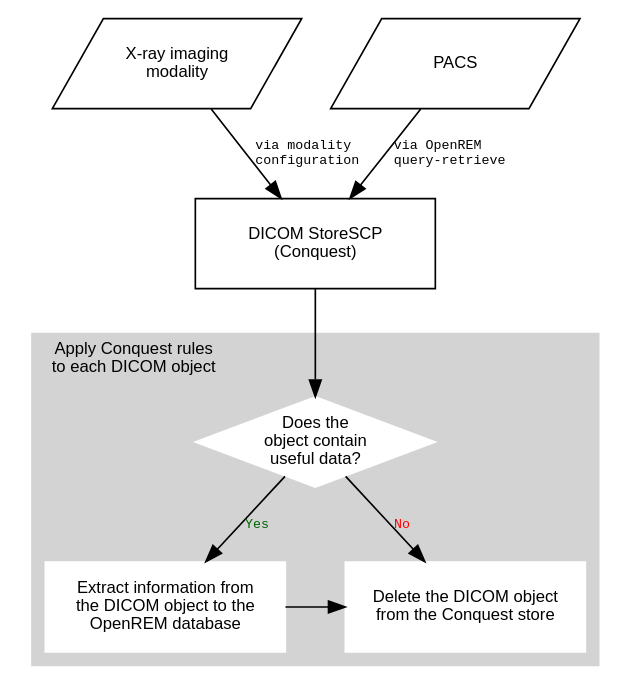
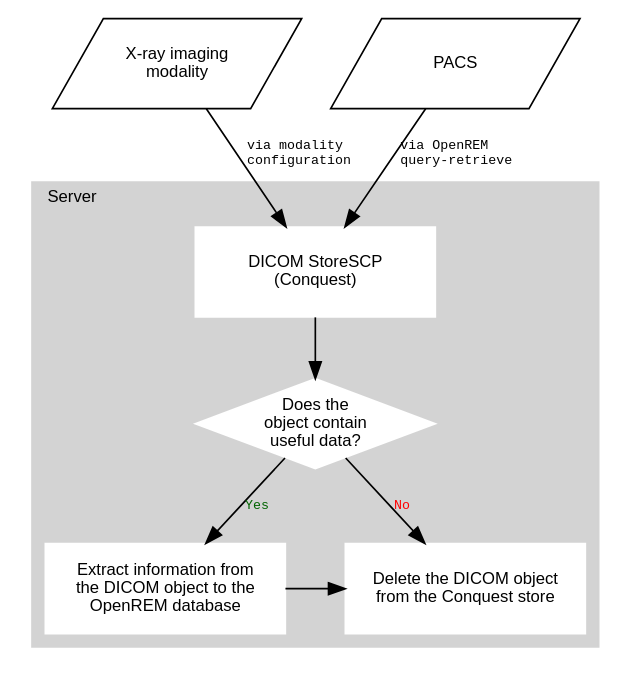
The second of 2 diagrams in docs/testgraphviz.rst (ckswilliams/modOpenREM), drawn with Graphviz before and after one commit.

Commit message:
Moved Conquest into the server cluster; relabelled the cluster as "Server" to be consistent with other diagram. References issue #448.

```diff
--- a/docs/testgraphviz.rst
+++ b/docs/testgraphviz.rst
@@ -58,33 +58,33 @@
 .. graphviz::
 
    digraph {
       node [fixedsize=true width=2.0 height=0.75 fontsize=10 margin="0.0,0.0"];
 
       subgraph cluster_rules {
-         label = "Apply Conquest rules\nto each DICOM object";
+         label = "Server";
          node [style=filled color=white];
          style=filled;
          color=lightgrey;
          labelloc=t;
          labeljust=l;
          fontname="Helvetica"
          fontsize=10;
 
          conquest_script -> populate_database [label="Yes" fontcolor=darkgreen fontsize=8 fontname="Courier"];
          populate_database -> delete_object;
          conquest_script -> delete_object [label="No" fontcolor=red fontsize=8 fontname="Courier"];
+         conquest -> conquest_script;
 
          {rank=same; populate_database delete_object};
       }
 
       modality -> conquest [label="via modality\lconfiguration\l" fontsize=8 fontname="Courier"];
       pacs -> conquest [label="via OpenREM\lquery-retrieve\l" fontsize=8 fontname="Courier"];
-      conquest -> conquest_script;
 
       modality [label="X-ray imaging\nmodality" fontname="Helvetica" tooltip="Data send from an x-ray imaging modality" shape="parallelogram"];
       pacs [label="PACS" fontname="Helvetica" tooltip="A Picture Archiving and Communication System" shape="parallelogram"];
       conquest [label="DICOM StoreSCP\n(Conquest)" fontname="Helvetica" tooltip="Conquest, acting as a DICOM storage SCP" shape="box"];
       conquest_script [shape=diamond label="Does the\nobject contain\nuseful data?" fontname="Helvetica" tooltip="Process the rules in dicom.ini"];
       populate_database [label="Extract information from\nthe DICOM object to the\nOpenREM database" fontname="Helvetica", tooltip="Extract data using OpenREM's python scripts" shape="box"];
       delete_object [label="Delete the DICOM object\nfrom the Conquest store" fontname="Helvetica" tooltip="Delete the DICOM object from the local store SCP" shape="box"];
    }
```
